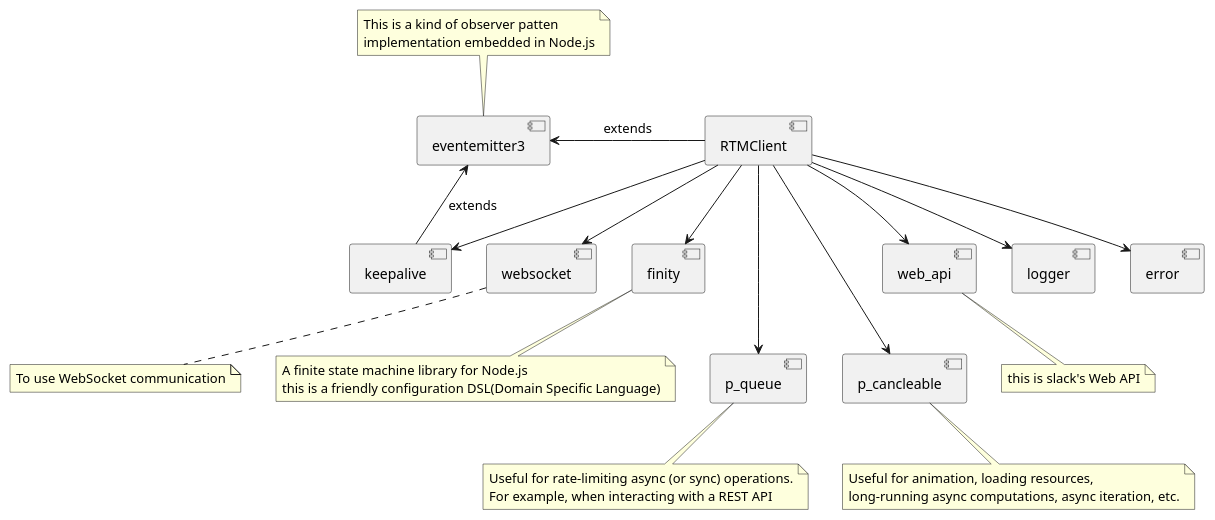
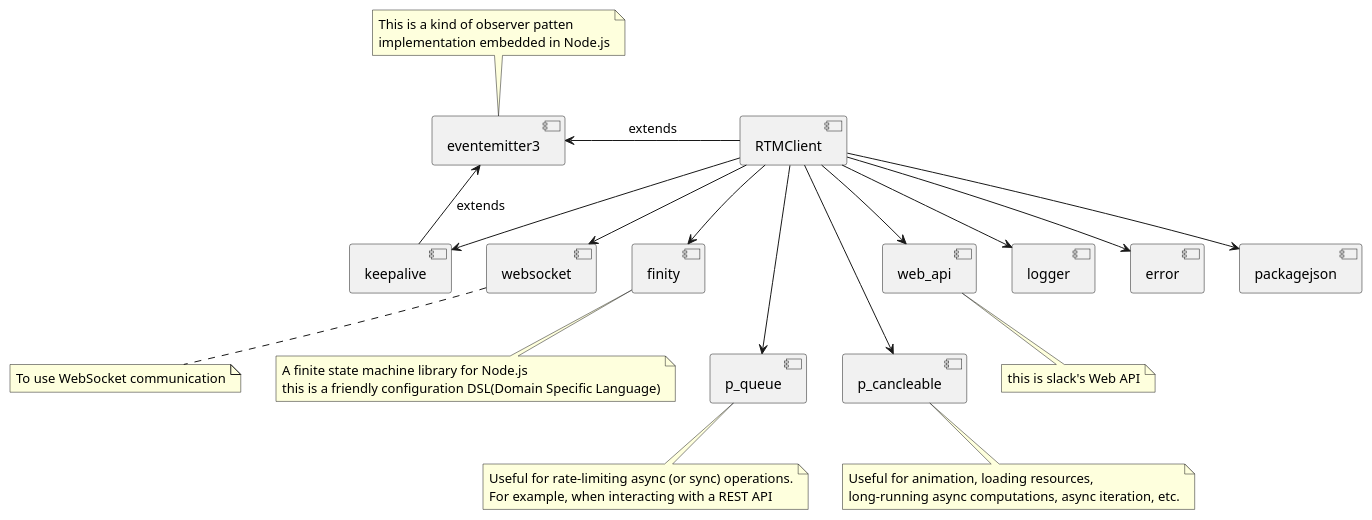
Before and after one commit to SeonghoJin/standUpCheckBot: the diagram in uml/RTMClient.plantuml, drawn with PlantUML. The commit also changed 4 other files, not shown here.

```diff
--- a/uml/RTMClient.plantuml
+++ b/uml/RTMClient.plantuml
@@ -1,56 +1,55 @@
 @startuml
 [RTMClient] as rtm
 [eventemitter3] as eventemitter
 [websocket] as ws
 [finity] as finity
 [p_queue] as pq
 [p_cancleable] as p_cancleable
 [web_api] as web_api
 [keepalive] as keepalive
 [logger] as logger
 [error] as error
-
+[packagejson] as packagejson
 
 rtm -left-> eventemitter : extends
 rtm --> ws
 rtm --> finity
 rtm ---> pq
 rtm ---> p_cancleable
 rtm --> web_api
 rtm --> keepalive
 rtm --> logger
 rtm --> error
-
+rtm --> packagejson
 
 keepalive -right---> eventemitter : extends
 
 note top of eventemitter
 This is a kind of observer patten 
 implementation embedded in Node.js
 end note
 
 note bottom of ws
 To use WebSocket communication
 end note
 
 note bottom of finity
 A finite state machine library for Node.js
 this is a friendly configuration DSL(Domain Specific Language)
 end note
 
 note bottom of pq
 Useful for rate-limiting async (or sync) operations.
 For example, when interacting with a REST API 
 end note
 
 note bottom of p_cancleable
  Useful for animation, loading resources, 
  long-running async computations, async iteration, etc.
 end note
 
 note bottom of web_api
     this is slack's Web API
 end note
 
-
 @enduml
```
